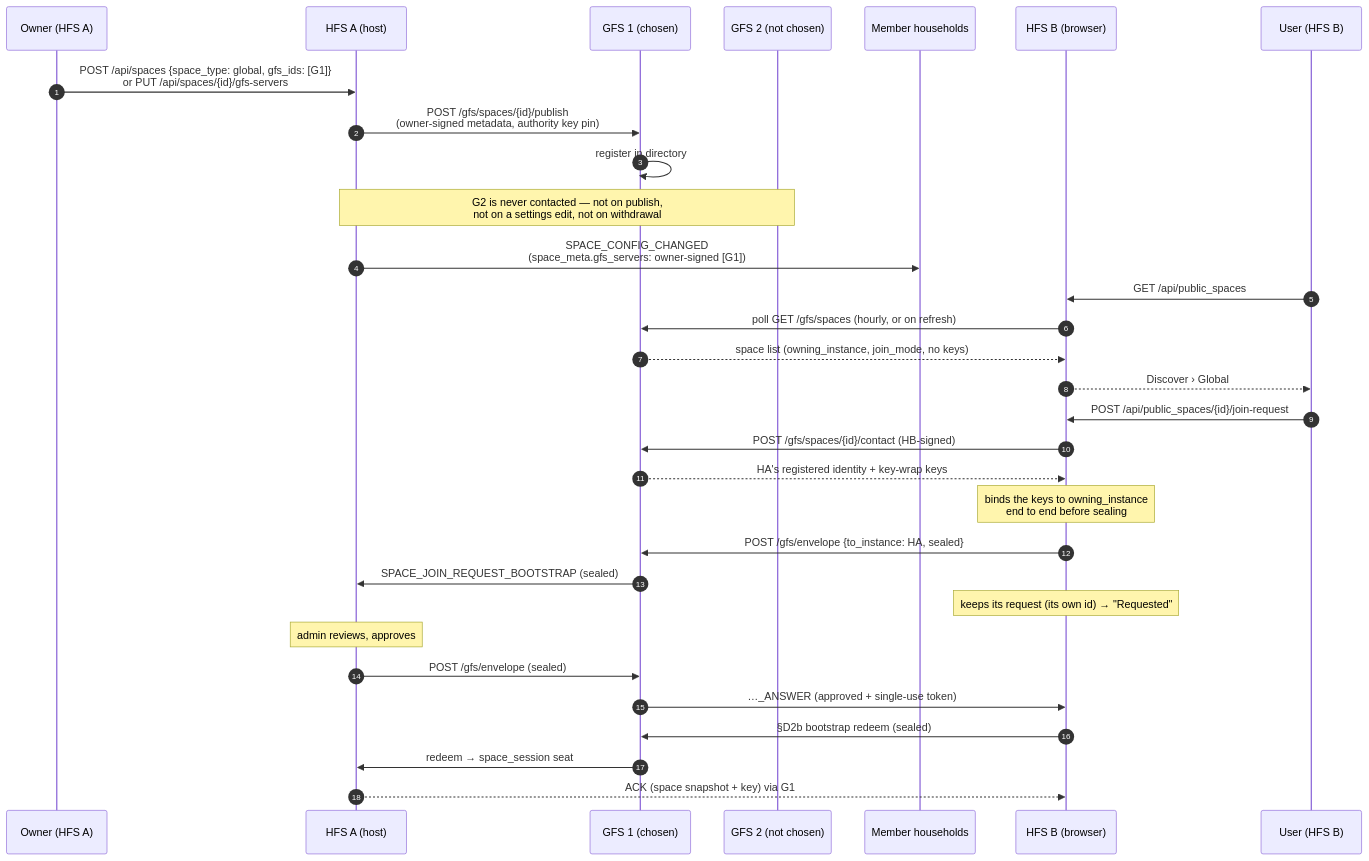
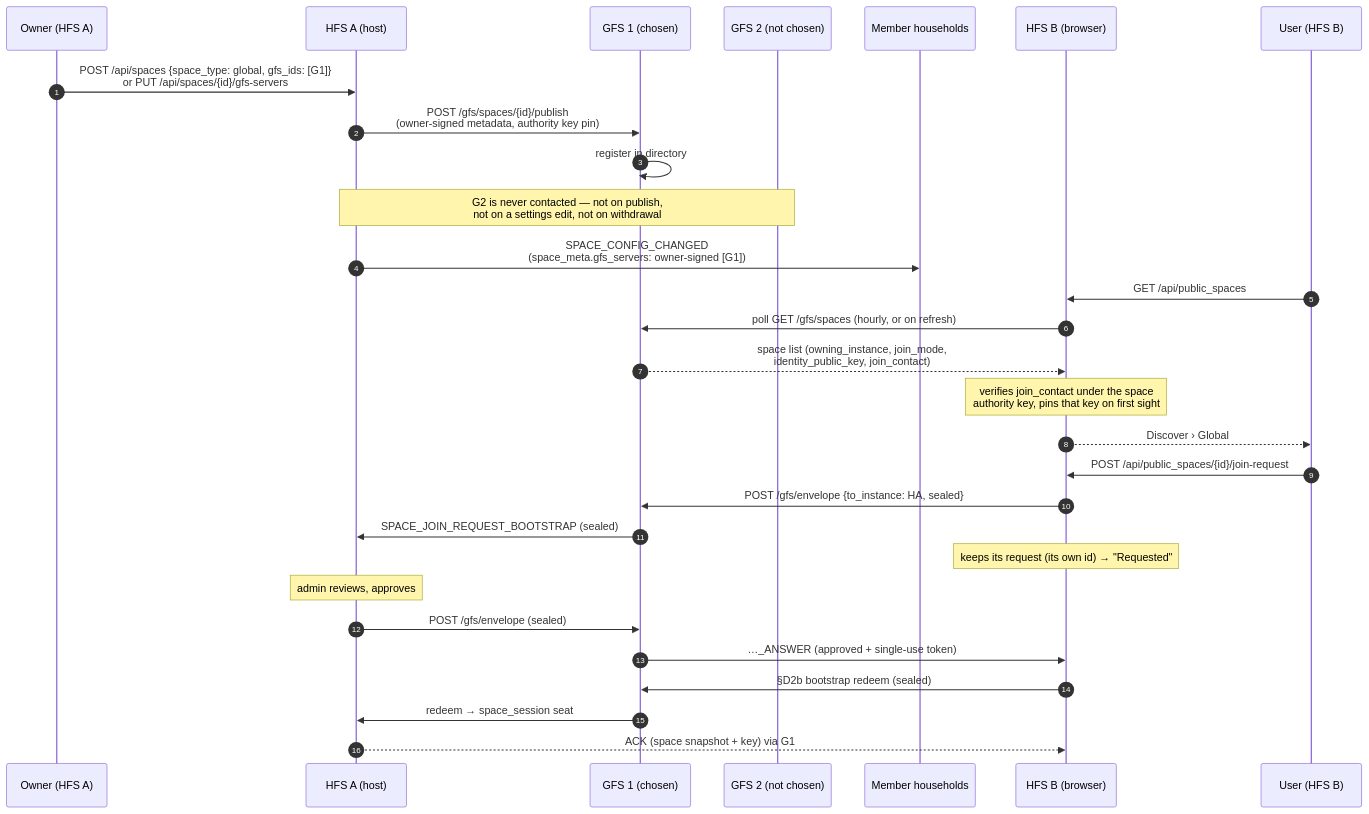
Before and after one commit to social-home-io/socialhome: diagram 15 of 15 in docs/protocol/discovery.md, drawn with Mermaid. The commit also changed other lines of this file and 70 other files, not shown here.

First line of the commit message:
Ask to join through the GFS: contact on the listing, queued bodies, spam bounds

````diff
--- a/docs/protocol/discovery.md
+++ b/docs/protocol/discovery.md
@@ -3991,33 +3991,31 @@
 ```mermaid
 sequenceDiagram
     autonumber
     participant O as Owner (HFS A)
     participant HA as HFS A (host)
     participant G1 as GFS 1 (chosen)
     participant G2 as GFS 2 (not chosen)
     participant M as Member households
     participant HB as HFS B (browser)
     participant UB as User (HFS B)
     O->>HA: POST /api/spaces {space_type: global, gfs_ids: [G1]}<br/>or PUT /api/spaces/{id}/gfs-servers
     HA->>G1: POST /gfs/spaces/{id}/publish<br/>(owner-signed metadata, authority key pin)
     G1->>G1: register in directory
     Note over HA,G2: G2 is never contacted — not on publish,<br/>not on a settings edit, not on withdrawal
     HA->>M: SPACE_CONFIG_CHANGED<br/>(space_meta.gfs_servers: owner-signed [G1])
     UB->>HB: GET /api/public_spaces
     HB->>G1: poll GET /gfs/spaces (hourly, or on refresh)
-    G1-->>HB: space list (owning_instance, join_mode, no keys)
+    G1-->>HB: space list (owning_instance, join_mode,<br/>identity_public_key, join_contact)
+    Note over HB: verifies join_contact under the space<br/>authority key, pins that key on first sight
     HB-->>UB: Discover › Global
     UB->>HB: POST /api/public_spaces/{id}/join-request
-    HB->>G1: POST /gfs/spaces/{id}/contact (HB-signed)
-    G1-->>HB: HA's registered identity + key-wrap keys
-    Note over HB: binds the keys to owning_instance<br/>end to end before sealing
     HB->>G1: POST /gfs/envelope {to_instance: HA, sealed}
     G1->>HA: SPACE_JOIN_REQUEST_BOOTSTRAP (sealed)
     Note over HB: keeps its request (its own id) → "Requested"
     Note over HA: admin reviews, approves
     HA->>G1: POST /gfs/envelope (sealed)
     G1->>HB: …_ANSWER (approved + single-use token)
     HB->>G1: §D2b bootstrap redeem (sealed)
     G1->>HA: redeem → space_session seat
     HA-->>HB: ACK (space snapshot + key) via G1
 ```
````
